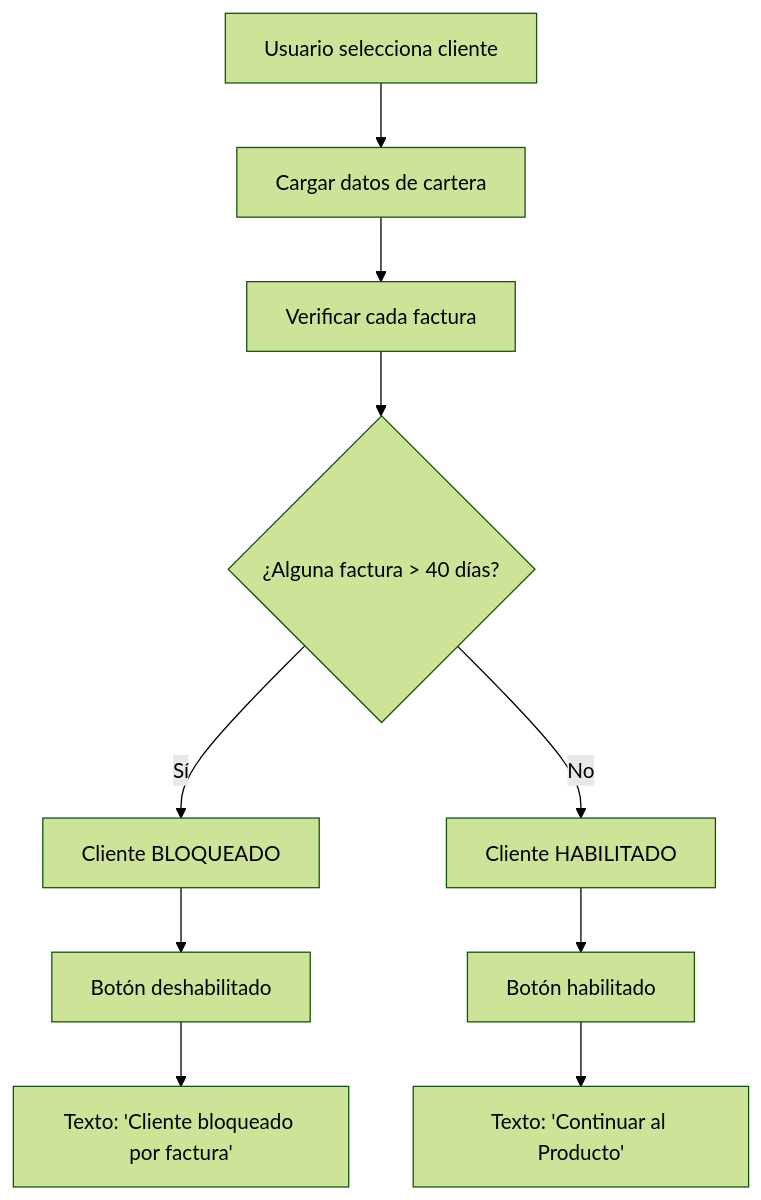
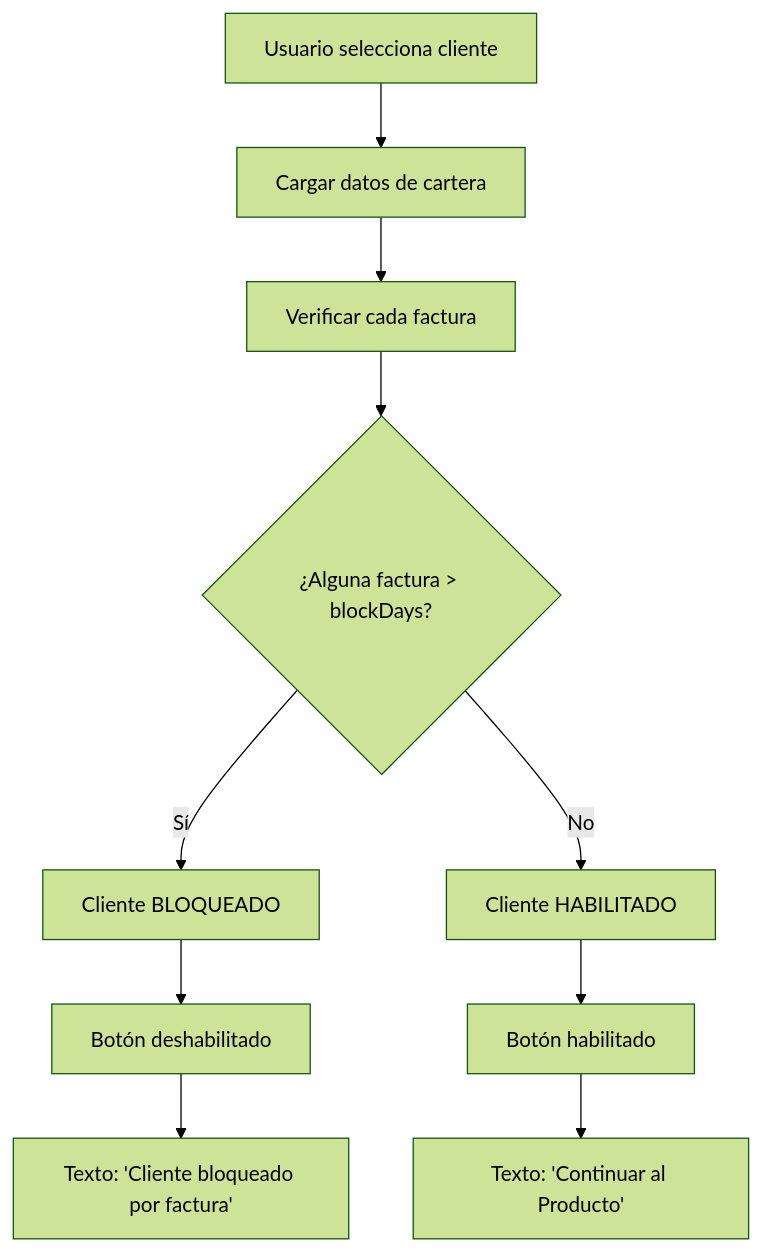
Before and after one commit to CRISTIAN3322/pedidoSuraWeb: the first of 2 diagrams in doc/10-guia-verificacion-deudas.md, drawn with Mermaid (forest theme). The commit also changed other lines of this file and 15 other files, not shown here.

````diff
--- a/doc/10-guia-verificacion-deudas.md
+++ b/doc/10-guia-verificacion-deudas.md
@@ -61,12 +63,12 @@
 ```mermaid
 graph TD
     A[Usuario selecciona cliente] --> B[Cargar datos de cartera]
     B --> C[Verificar cada factura]
-    C --> D{¿Alguna factura > 40 días?}
+    C --> D{¿Alguna factura > blockDays?}
     D -->|Sí| E[Cliente BLOQUEADO]
     D -->|No| F[Cliente HABILITADO]
     E --> G[Botón deshabilitado]
     G --> H[Texto: 'Cliente bloqueado por factura']
     F --> I[Botón habilitado]
     I --> J[Texto: 'Continuar al Producto']
 ```
````
